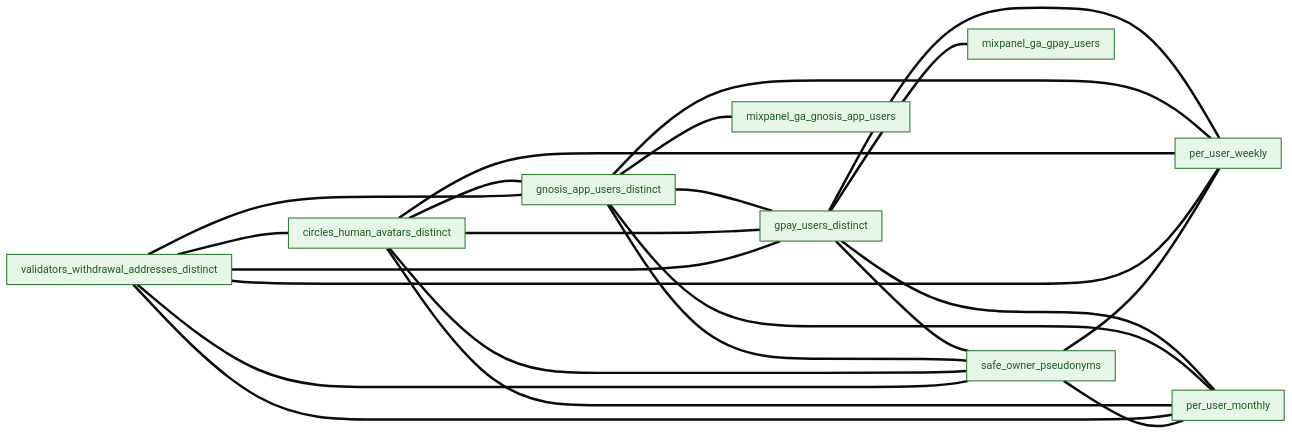
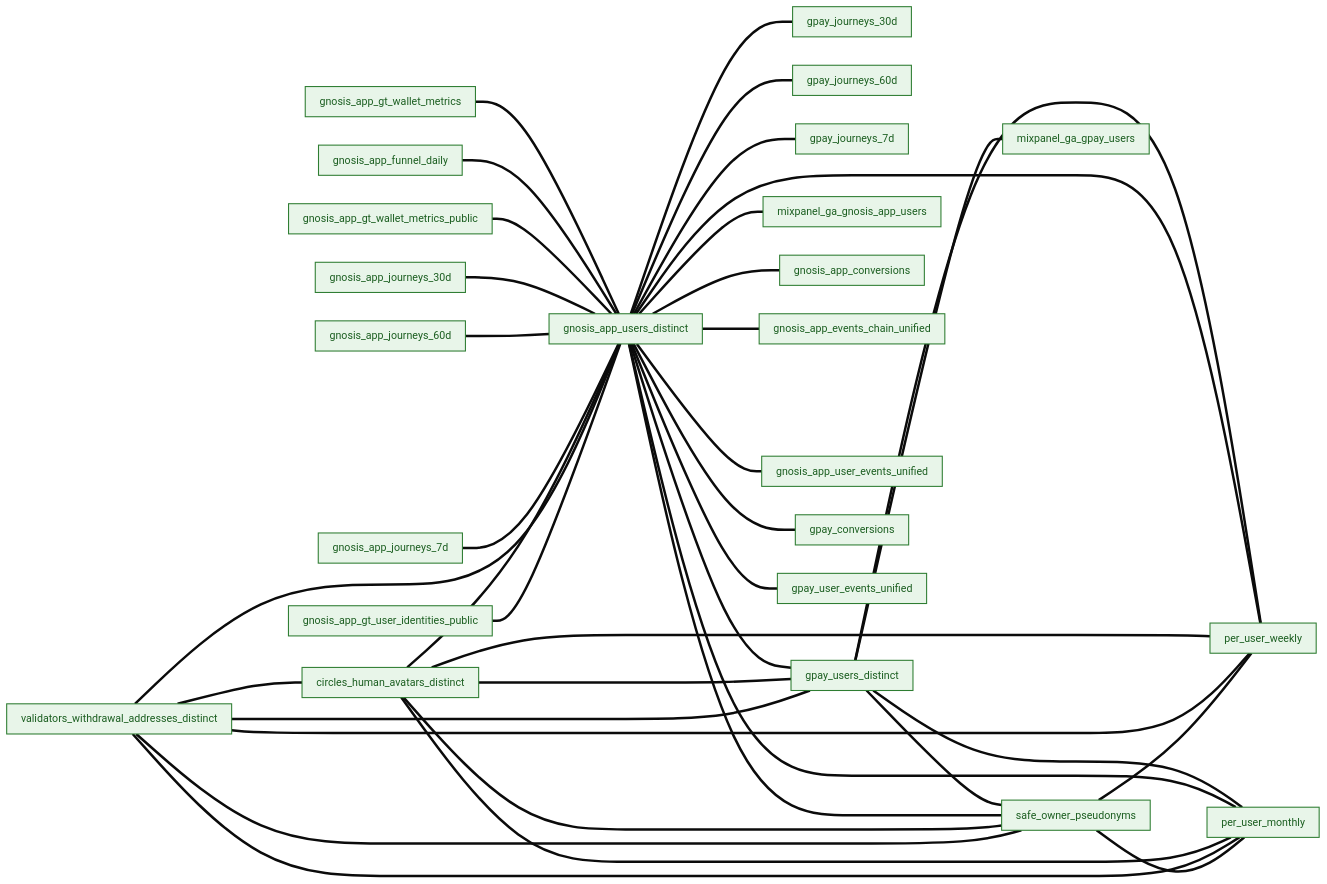
One commit to gnosischain/cerebro-docs changed the second of 4 diagrams in docs/data-pipeline/transformation/semantic-layer/graph.md. Above: the diagram before and after it, drawn with Mermaid. The commit also changed other lines of this file and 85 other files, not shown here.

````diff
--- a/docs/data-pipeline/transformation/semantic-layer/graph.md
+++ b/docs/data-pipeline/transformation/semantic-layer/graph.md
@@ -144,37 +727,67 @@
 ```mermaid
 %%{init: {'theme':'base','flowchart':{'htmlLabels':true,'curve':'basis','nodeSpacing':40,'rankSpacing':80,'padding':10,'subGraphTitleMargin':{'top':6,'bottom':6}},'themeVariables':{'fontSize':'15px','fontFamily':'-apple-system,Segoe UI,Roboto,sans-serif'}}}%%
 flowchart LR
+    api_execution_gnosis_app_gt_wallet_metrics["gnosis_app_gt_wallet_metrics"]
     fct_consensus_validators_withdrawal_addresses_distinct["validators_withdrawal_addresses_distinct"]
     fct_execution_circles_human_avatars_distinct["circles_human_avatars_distinct"]
+    fct_execution_gnosis_app_funnel_daily["gnosis_app_funnel_daily"]
+    fct_execution_gnosis_app_gt_user_identities_public["gnosis_app_gt_user_identities_public"]
+    fct_execution_gnosis_app_gt_wallet_metrics_public["gnosis_app_gt_wallet_metrics_public"]
+    fct_execution_gnosis_app_journeys_30d["gnosis_app_journeys_30d"]
+    fct_execution_gnosis_app_journeys_60d["gnosis_app_journeys_60d"]
+    fct_execution_gnosis_app_journeys_7d["gnosis_app_journeys_7d"]
     fct_execution_gnosis_app_users_distinct["gnosis_app_users_distinct"]
+    fct_execution_gpay_journeys_30d["gpay_journeys_30d"]
+    fct_execution_gpay_journeys_60d["gpay_journeys_60d"]
+    fct_execution_gpay_journeys_7d["gpay_journeys_7d"]
     fct_execution_gpay_users_distinct["gpay_users_distinct"]
     fct_execution_safe_owner_pseudonyms["safe_owner_pseudonyms"]
     fct_mixpanel_ga_gnosis_app_users["mixpanel_ga_gnosis_app_users"]
     fct_mixpanel_ga_gpay_users["mixpanel_ga_gpay_users"]
     fct_revenue_per_user_monthly["per_user_monthly"]
     fct_revenue_per_user_weekly["per_user_weekly"]
+    int_execution_gnosis_app_conversions["gnosis_app_conversions"]
+    int_execution_gnosis_app_events_chain_unified["gnosis_app_events_chain_unified"]
+    int_execution_gnosis_app_user_events_unified["gnosis_app_user_events_unified"]
+    int_execution_gpay_conversions["gpay_conversions"]
+    int_execution_gpay_user_events_unified["gpay_user_events_unified"]
     classDef user fill:#e8f5e9,stroke:#2e7d32,stroke-width:1.5px,color:#1b5e20;
-    class fct_consensus_validators_withdrawal_addresses_distinct,fct_execution_circles_human_avatars_distinct,fct_execution_gnosis_app_users_distinct,fct_execution_gpay_users_distinct,fct_execution_safe_owner_pseudonyms,fct_mixpanel_ga_gnosis_app_users,fct_mixpanel_ga_gpay_users,fct_revenue_per_user_monthly,fct_revenue_per_user_weekly user;
+    class api_execution_gnosis_app_gt_wallet_metrics,fct_consensus_validators_withdrawal_addresses_distinct,fct_execution_circles_human_avatars_distinct,fct_execution_gnosis_app_funnel_daily,fct_execution_gnosis_app_gt_user_identities_public,fct_execution_gnosis_app_gt_wallet_metrics_public,fct_execution_gnosis_app_journeys_30d,fct_execution_gnosis_app_journeys_60d,fct_execution_gnosis_app_journeys_7d,fct_execution_gnosis_app_users_distinct,fct_execution_gpay_journeys_30d,fct_execution_gpay_journeys_60d,fct_execution_gpay_journeys_7d,fct_execution_gpay_users_distinct,fct_execution_safe_owner_pseudonyms,fct_mixpanel_ga_gnosis_app_users,fct_mixpanel_ga_gpay_users,fct_revenue_per_user_monthly,fct_revenue_per_user_weekly,int_execution_gnosis_app_conversions,int_execution_gnosis_app_events_chain_unified,int_execution_gnosis_app_user_events_unified,int_execution_gpay_conversions,int_execution_gpay_user_events_unified user;
+    api_execution_gnosis_app_gt_wallet_metrics === fct_execution_gnosis_app_users_distinct
+    fct_execution_gnosis_app_funnel_daily === fct_execution_gnosis_app_users_distinct
+    fct_execution_gnosis_app_gt_wallet_metrics_public === fct_execution_gnosis_app_users_distinct
+    fct_execution_gnosis_app_journeys_30d === fct_execution_gnosis_app_users_distinct
+    fct_execution_gnosis_app_journeys_60d === fct_execution_gnosis_app_users_distinct
+    fct_execution_gnosis_app_journeys_7d === fct_execution_gnosis_app_users_distinct
+    fct_execution_gnosis_app_users_distinct === fct_execution_gpay_journeys_30d
+    fct_execution_gnosis_app_users_distinct === fct_execution_gpay_journeys_60d
+    fct_execution_gnosis_app_users_distinct === fct_execution_gpay_journeys_7d
+    fct_execution_gnosis_app_users_distinct === int_execution_gnosis_app_conversions
+    fct_execution_gnosis_app_users_distinct === int_execution_gnosis_app_events_chain_unified
+    fct_execution_gnosis_app_users_distinct === int_execution_gnosis_app_user_events_unified
+    fct_execution_gnosis_app_users_distinct === int_execution_gpay_conversions
+    fct_execution_gnosis_app_users_distinct === int_execution_gpay_user_events_unified
     fct_execution_gpay_users_distinct === fct_revenue_per_user_weekly
     fct_execution_gpay_users_distinct === fct_revenue_per_user_monthly
     fct_execution_gnosis_app_users_distinct === fct_revenue_per_user_weekly
     fct_execution_gnosis_app_users_distinct === fct_revenue_per_user_monthly
     fct_execution_gnosis_app_users_distinct === fct_execution_gpay_users_distinct
     fct_execution_circles_human_avatars_distinct === fct_revenue_per_user_weekly
     fct_execution_circles_human_avatars_distinct === fct_revenue_per_user_monthly
     fct_execution_circles_human_avatars_distinct === fct_execution_gpay_users_distinct
     fct_execution_circles_human_avatars_distinct === fct_execution_gnosis_app_users_distinct
     fct_consensus_validators_withdrawal_addresses_distinct === fct_revenue_per_user_weekly
     fct_consensus_validators_withdrawal_addresses_distinct === fct_revenue_per_user_monthly
     fct_consensus_validators_withdrawal_addresses_distinct === fct_execution_gpay_users_distinct
     fct_consensus_validators_withdrawal_addresses_distinct === fct_execution_gnosis_app_users_distinct
     fct_execution_gpay_users_distinct === fct_execution_safe_owner_pseudonyms
     fct_execution_gnosis_app_users_distinct === fct_execution_safe_owner_pseudonyms
     fct_execution_circles_human_avatars_distinct === fct_execution_safe_owner_pseudonyms
     fct_consensus_validators_withdrawal_addresses_distinct === fct_execution_safe_owner_pseudonyms
     fct_execution_safe_owner_pseudonyms === fct_revenue_per_user_weekly
     fct_execution_safe_owner_pseudonyms === fct_revenue_per_user_monthly
     fct_consensus_validators_withdrawal_addresses_distinct === fct_execution_circles_human_avatars_distinct
     fct_execution_gpay_users_distinct === fct_mixpanel_ga_gpay_users
     fct_execution_gnosis_app_users_distinct === fct_mixpanel_ga_gnosis_app_users
+    fct_execution_gnosis_app_gt_user_identities_public === fct_execution_gnosis_app_users_distinct
 ```
````
